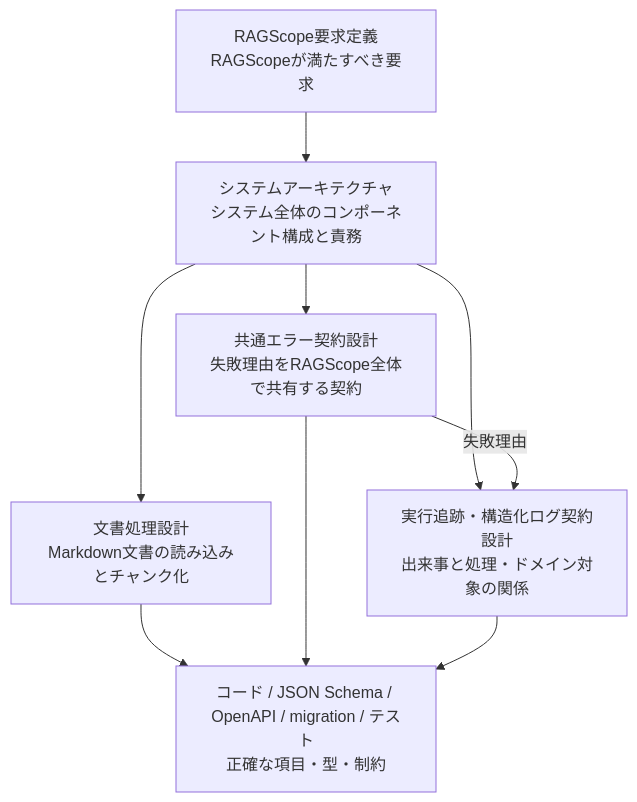
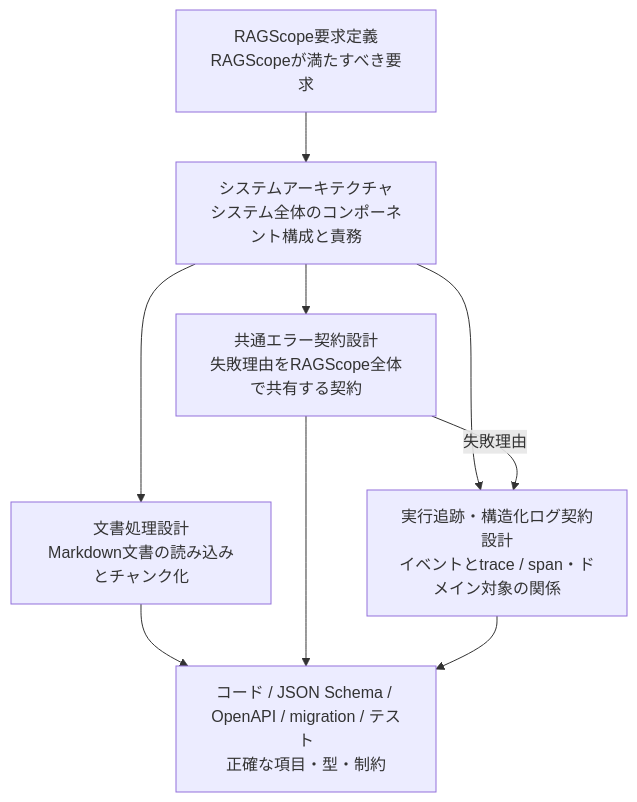
One commit to takashit16833/RAGScope changed the diagram in project-docs/design/README.md. Above: the diagram before and after it, drawn with Mermaid. The commit also changed other lines of this file, not shown here.

````diff
--- a/project-docs/design/README.md
+++ b/project-docs/design/README.md
@@ -17,22 +17,22 @@
 ```mermaid
 flowchart TD
     Requirements["RAGScope要求定義<br>RAGScopeが満たすべき要求"]
     Architecture["システムアーキテクチャ<br>システム全体のコンポーネント構成と責務"]
 
     Document["文書処理設計<br>Markdown文書の読み込みとチャンク化"]
     Error["共通エラー契約設計<br>失敗理由をRAGScope全体で共有する契約"]
-    Logging["実行追跡・構造化ログ契約設計<br>出来事と処理・ドメイン対象の関係"]
+    Logging["実行追跡・構造化ログ契約設計<br>イベントとtrace / span・ドメイン対象の関係"]
 
     Machine["コード / JSON Schema / OpenAPI / migration / テスト<br>正確な項目・型・制約"]
 
     Requirements --> Architecture
     Architecture --> Document
     Architecture --> Error
     Architecture --> Logging
 
     Error -->|"失敗理由"| Logging
 
     Document --> Machine
     Error --> Machine
     Logging --> Machine
 ```
````
